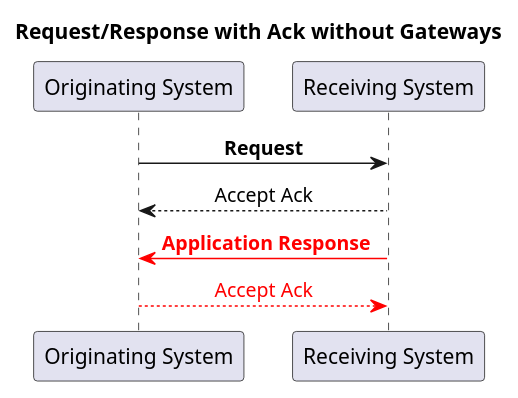
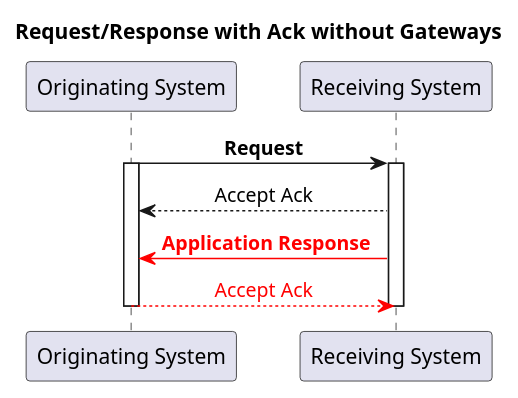
Before and after one commit to frankoemig/ack-ig: the diagram in input/images-source/Request-Response_with_Ack_without_Gateway.plantuml, drawn with PlantUML. The commit also changed 10 other files, not shown here.

```diff
--- a/input/images-source/Request-Response_with_Ack_without_Gateway.plantuml
+++ b/input/images-source/Request-Response_with_Ack_without_Gateway.plantuml
@@ -1,12 +1,16 @@
 @startuml
 skinparam sequenceMessageAlign center
 title Request/Response with Ack without Gateways
 participant "Originating System" as Placer
 participant "Receiving System" as Filler
 
 Placer -> Filler: <b>Request
+activate Placer
+activate Filler
 Filler --> Placer: Accept Ack 
 Filler -[#red]> Placer: <b><font color=red> Application Response
 Placer -[#red]-> Filler: <font color=red>Accept Ack 
+deactivate Placer
+deactivate Filler
 
 @enduml
```
